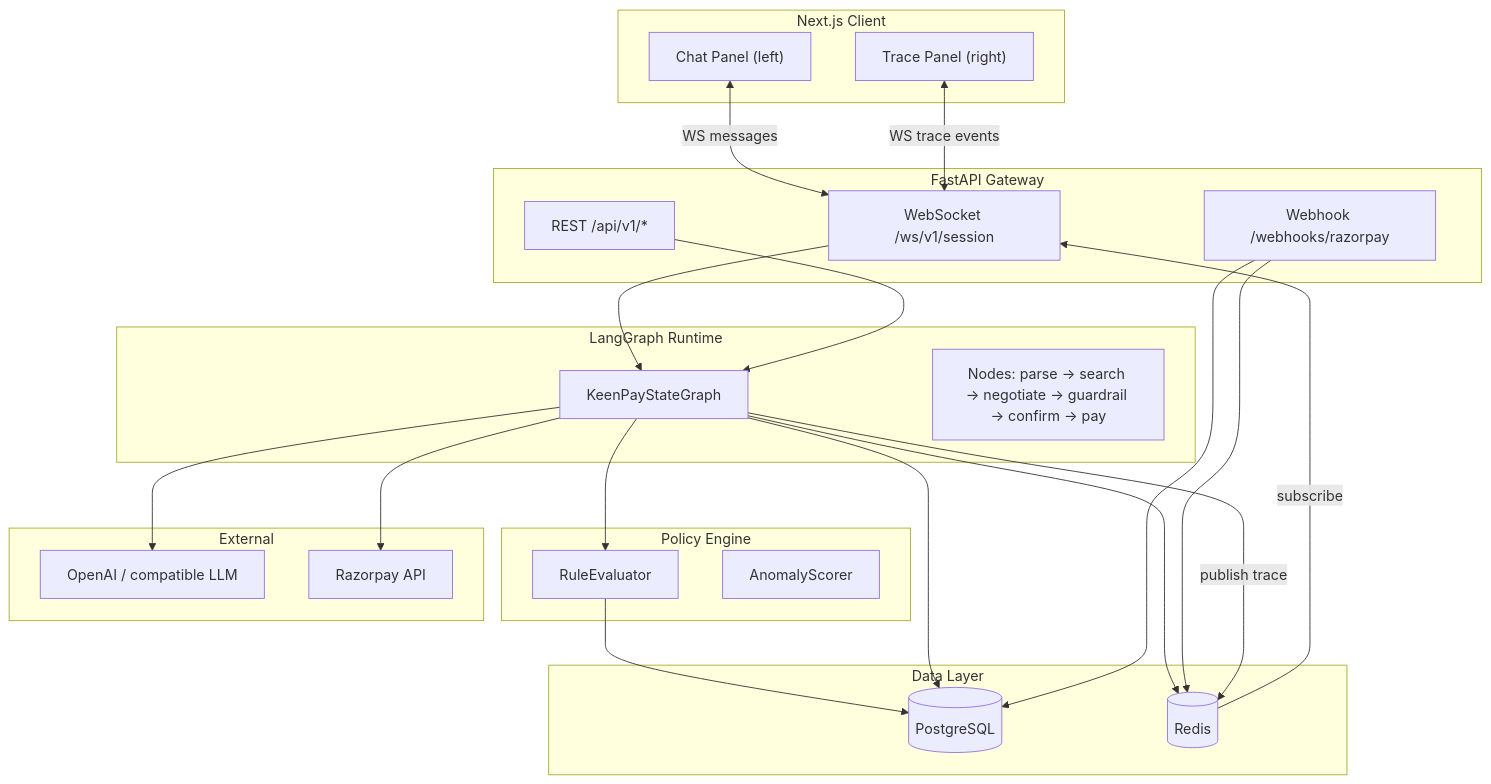
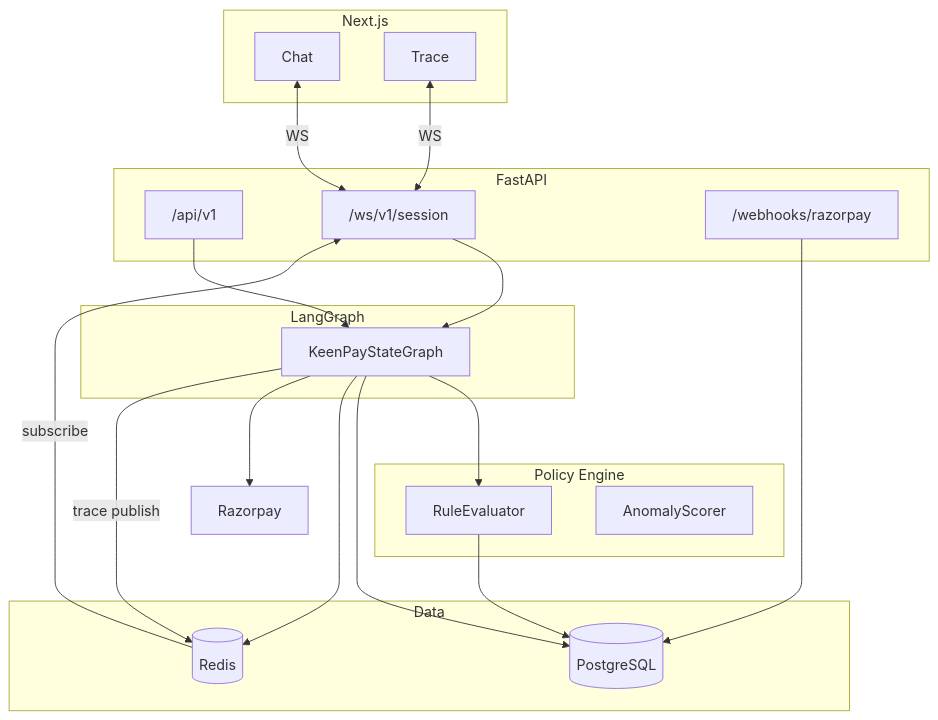
The first of 2 diagrams in docs/ARCHITECTURE.md (ambitiouss22/KeenPay), drawn with Mermaid before and after one commit. The commit also changed other lines of this file and 15 other files, not shown here.

````diff
--- a/docs/ARCHITECTURE.md
+++ b/docs/ARCHITECTURE.md
@@ -17,48 +17,35 @@
 ```mermaid
 flowchart TB
-    subgraph Client["Next.js Client"]
-        Chat["Chat Panel (left)"]
-        Trace["Trace Panel (right)"]
+    subgraph Client["Next.js"]
+        Chat["Chat"]
+        Trace["Trace"]
     end
-
-    subgraph API["FastAPI Gateway"]
-        REST["REST /api/v1/*"]
-        WS["WebSocket /ws/v1/session"]
-        WH["Webhook /webhooks/razorpay"]
+    subgraph API["FastAPI"]
+        REST["/api/v1"]
+        WS["/ws/v1/session"]
+        WH["/webhooks/razorpay"]
     end
-
-    subgraph Orchestration["LangGraph Runtime"]
+    subgraph Orchestration["LangGraph"]
         Graph["KeenPayStateGraph"]
-        Nodes["Nodes: parse → search → negotiate → guardrail → confirm → pay"]
     end
-
     subgraph Policy["Policy Engine"]
         Rules["RuleEvaluator"]
         Anomaly["AnomalyScorer"]
     end
-
-    subgraph Data["Data Layer"]
+    subgraph Data["Data"]
         PG[(PostgreSQL)]
         RD[(Redis)]
     end
-
-    subgraph External["External"]
-        LLM["OpenAI / compatible LLM"]
-        RZ["Razorpay API"]
-    end
-
-    Chat <-->|"WS messages"| WS
-    Trace <-->|"WS trace events"| WS
+    Chat <-->|WS| WS
+    Trace <-->|WS| WS
     WS --> Graph
     REST --> Graph
-    Graph --> LLM
     Graph --> Rules
     Rules --> PG
     Graph --> PG
     Graph --> RD
-    Graph --> RZ
+    Graph --> Razorpay
     WH --> PG
-    WH --> RD
-    Graph -->|"publish trace"| RD
-    RD -->|"subscribe"| WS
+    Graph -->|trace publish| RD
+    RD -->|subscribe| WS
 ```
````
